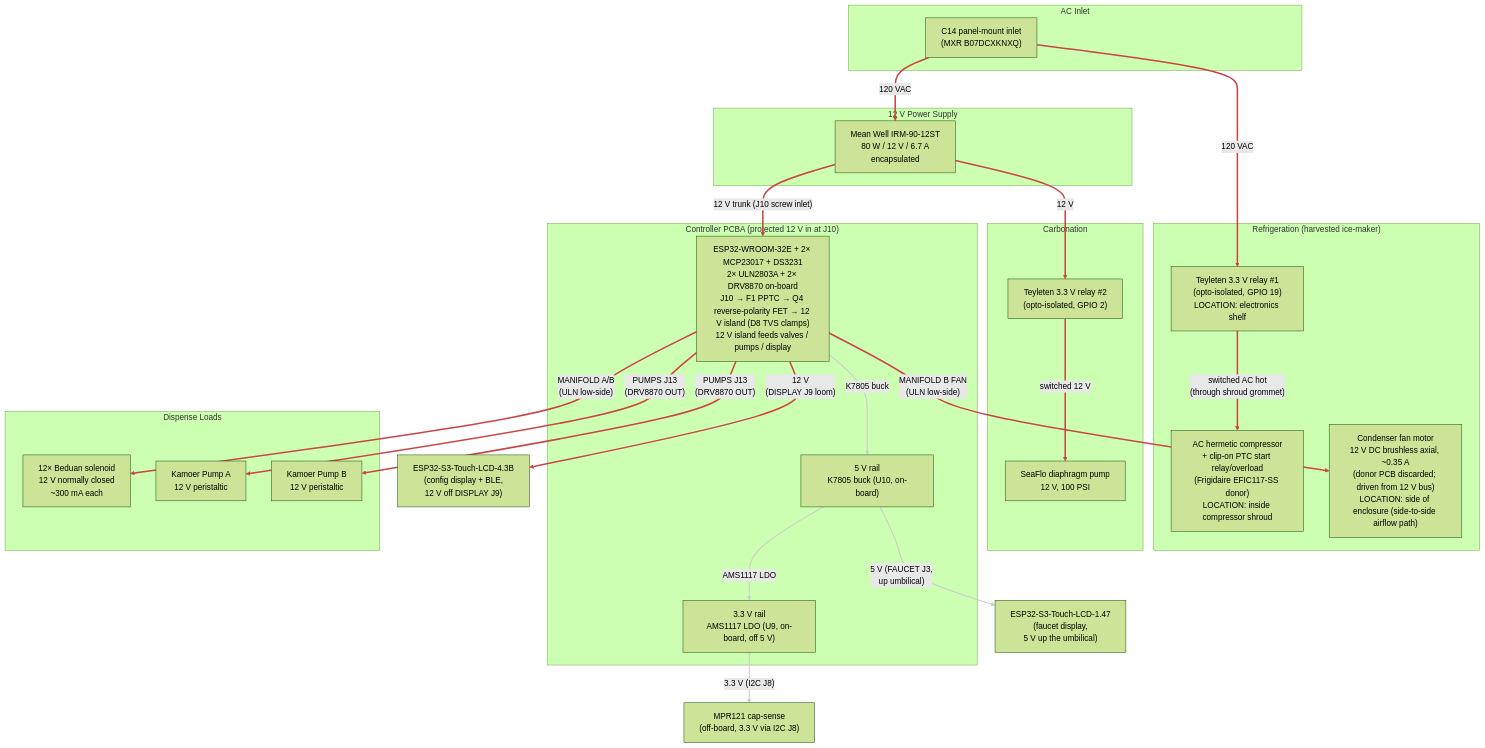
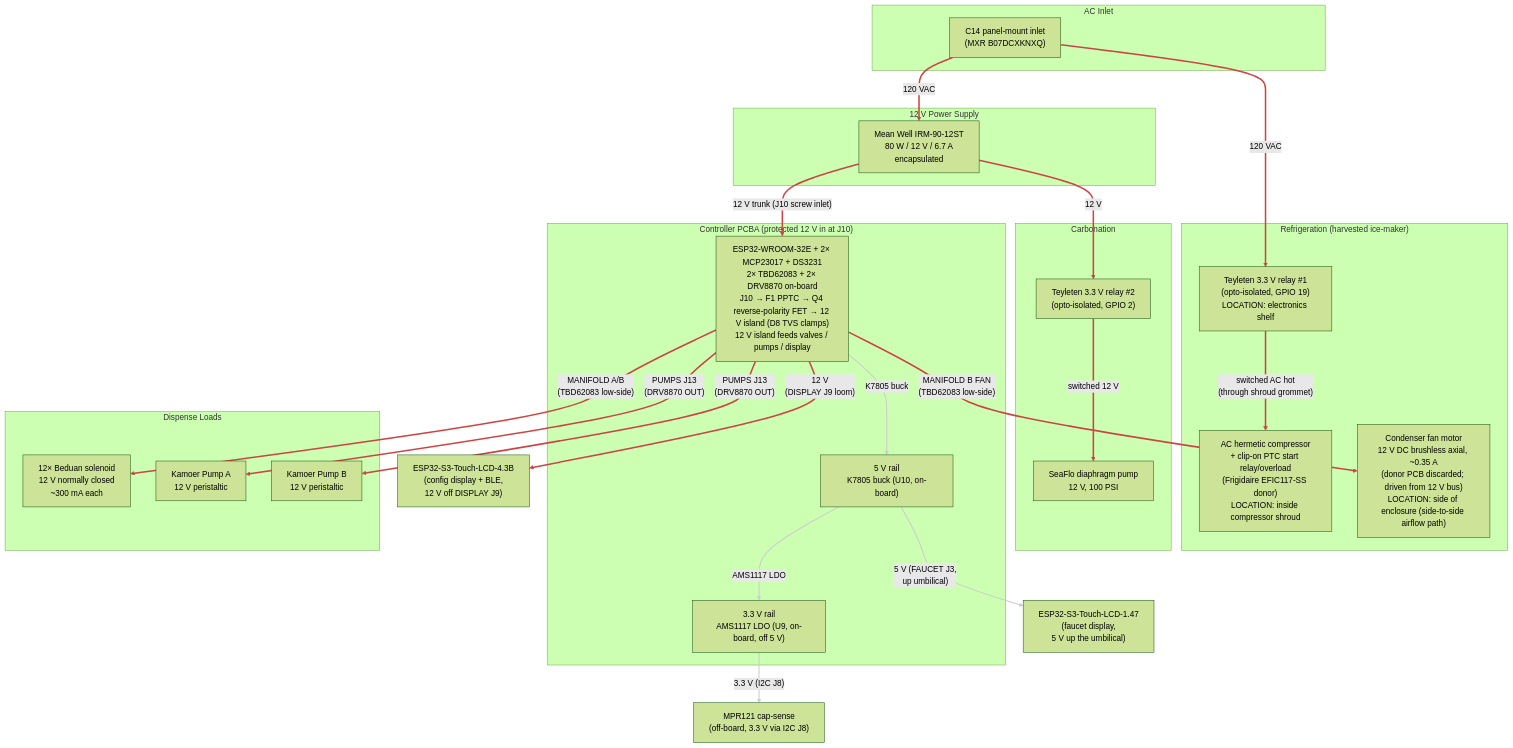
One commit to derekbreden/homesodamachine changed the diagram in hardware/wiring/power.mmd. Above: the diagram before and after it, drawn with Mermaid (forest theme). The commit also changed 7 other files, not shown here.

```diff
--- a/hardware/wiring/power.mmd
+++ b/hardware/wiring/power.mmd
@@ -1,135 +1,135 @@
 flowchart TD
 
   %% Power Distribution (current plan).
   %% 120 VAC mains in via C14 inlet; Mean Well 12 V PSU supplies the
   %% 12 V bus for everything except the compressor itself, which runs
   %% on switched mains via Teyleten relay #1 (PCBA RELAYS J5, ESP32
   %% GPIO 19). The 12 V diaphragm pump is gated by Teyleten relay #2
   %% (PCBA RELAYS J5, ESP32 GPIO 2) so firmware can keep refill off
   %% during an active dispense. Both relay modules take their coil/opto
   %% 5 V from RELAYS J5.
   %% The 12 V bus feeds the controller PCBA at its screw inlet (J10).
   %% The inlet is protected in series: a resettable PPTC fuse (F1,
   %% SMD1812P200TF16, 2 A hold / 4 A trip / 16 V) provides overcurrent
   %% protection — it trips on a sustained ~4 A board-side fault the 6.7 A
   %% supply ignores and auto-recovers; then a P-channel MOSFET (Q4, AO3407)
   %% in the high side blocks reverse polarity before the 12 V reaches the
   %% island; and a 15 V TVS (D8, SMAJ15A) clamps input surges the board
   %% sees to under C3's 25 V rating — so an overcurrent fault, a mis-wired
   %% loom, or a transient-laden supply can no longer cook the bulk cap,
   %% the K7805, or the drivers.
   %% The board makes its own logic rails — 5 V from the on-board K7805
   %% buck (U10), 3.3 V from the on-board AMS1117 LDO (U9, off the 5 V
   %% rail) — and carries the WROOM, both MCP23017s, the RTC, both
-  %% ULN2803As, and the two DRV8870 pump H-bridges. Off-board 12 V
+  %% TBD62083s, and the two DRV8870 pump H-bridges. Off-board 12 V
   %% loads draw through the board: solenoid valves + condenser fan
-  %% through the ULN channels (MANIFOLD A/B), peristaltic pumps through
+  %% through the TBD62083 channels (MANIFOLD A/B), peristaltic pumps through
   %% the DRV8870s (PUMPS J13), and the 4.3B config display through its
   %% loom connector (DISPLAY J9 carries RS485 + 12 V). The faucet
   %% display takes 5 V up the umbilical (FAUCET J3); the sensor loom
   %% (SENSORS J4) and the MQ-6 heater (GAS J11) draw 5 V / 3.3 V off
   %% the same on-board rails.
   %% Physical placement:
   %% - The C14 inlet, AC distribution, PSU, both Teyleten relays, and
   %%   the controller PCBA sit on a single electronics shelf at the
   %%   top-back of the enclosure, behind the rear-panel C14 inlet.
   %% - The compressor sits middle-bottom inside a fire-rated metal
   %%   shroud (because the appliance is going into kitchens used by
   %%   friends, family, and customers the founder knows by name, and
   %%   safe handling of the R-600a charge is what UL 60335-2-89
   %%   actually requires); its clip-on PTC start relay + overload
   %%   module is co-located with the compressor body inside the shroud.
   %% - Teyleten relay #1 stays on the SHELF, OUTSIDE the shroud.
   %%   Only switched AC enters the shroud (one wire bundle through one
   %%   grommet: switched H + N + chassis G). This avoids placing an
   %%   arcing contact inside the protected hydrocarbon-refrigerant
   %%   compartment.
   %% - The condenser fan motor is on the side of the enclosure
   %%   (the side-to-side intake → condenser → exhaust airflow path)
   %%   and is OUTSIDE the shroud. It is a 12 V DC brushless axial
   %%   fan: the donor ice maker's own PCB regulated mains to 12 V
   %%   to drive it (factory wiring was never AC on the fan itself),
   %%   so on harvest we discard the donor PCB and drive the fan
   %%   from our own 12 V bus. Low-side switched via one channel of
-  %%   ULN2803A #2 (MANIFOLD B FAN pin, driven from MCP23017 0x21
+  %%   TBD62083 #2 (MANIFOLD B FAN pin, driven from MCP23017 0x21
   %%   PA3) — same pattern as the solenoid valves. Firmware turns it
   %%   on/off in lockstep with the compressor.
   %% See `ac-wiring-schedule.md` for run-by-run gauges + lengths and
   %% `../cut-parts/compressor-shroud/` for the shroud part.
 
   subgraph AC_Inlet["AC Inlet"]
     C14["C14 panel-mount inlet\n(MXR B07DCXKNXQ)"]
   end
 
   subgraph Supply["12 V Power Supply"]
     PSU["Mean Well IRM-90-12ST\n80 W / 12 V / 6.7 A\nencapsulated"]
   end
 
   subgraph Refrigeration["Refrigeration  (harvested ice-maker)"]
     RELAY["Teyleten 3.3 V relay #1\n(opto-isolated, GPIO 19)\nLOCATION: electronics shelf"]
     COMP_AC["AC hermetic compressor\n+ clip-on PTC start relay/overload\n(Frigidaire EFIC117-SS donor)\nLOCATION: inside compressor shroud"]
     COND_FAN["Condenser fan motor\n12 V DC brushless axial, ~0.35 A\n(donor PCB discarded; driven from 12 V bus)\nLOCATION: side of enclosure (side-to-side airflow path)"]
   end
 
   subgraph Carbonation["Carbonation"]
     DIA_RELAY["Teyleten 3.3 V relay #2\n(opto-isolated, GPIO 2)"]
     DIA_PUMP["SeaFlo diaphragm pump\n12 V, 100 PSI"]
   end
 
   subgraph Board["Controller PCBA  (protected 12 V in at J10)"]
-    PCBA["ESP32-WROOM-32E + 2× MCP23017 + DS3231\n2× ULN2803A + 2× DRV8870 on-board\nJ10 → F1 PPTC → Q4 reverse-polarity FET → 12 V island (D8 TVS clamps)\n12 V island feeds valves / pumps / display"]
+    PCBA["ESP32-WROOM-32E + 2× MCP23017 + DS3231\n2× TBD62083 + 2× DRV8870 on-board\nJ10 → F1 PPTC → Q4 reverse-polarity FET → 12 V island (D8 TVS clamps)\n12 V island feeds valves / pumps / display"]
     REG_5V["5 V rail\nK7805 buck (U10, on-board)"]
     REG_3V3["3.3 V rail\nAMS1117 LDO (U9, on-board, off 5 V)"]
   end
 
   subgraph Dispense["Dispense Loads"]
     VALVES["12× Beduan solenoid\n12 V normally closed\n~300 mA each"]
     PUMP_A["Kamoer Pump A\n12 V peristaltic"]
     PUMP_B["Kamoer Pump B\n12 V peristaltic"]
   end
 
   CFG["ESP32-S3-Touch-LCD-4.3B\n(config display + BLE,\n 12 V off DISPLAY J9)"]
 
   FAUCET["ESP32-S3-Touch-LCD-1.47\n(faucet display,\n 5 V up the umbilical)"]
 
   MPR["MPR121 cap-sense\n(off-board, 3.3 V via I2C J8)"]
 
   %% AC distribution (hot leg)
   C14 ==>|"120 VAC"| RELAY
   C14 ==>|"120 VAC"| PSU
   RELAY ==>|"switched AC hot\n(through shroud grommet)"| COMP_AC
 
   %% 12 V distribution
   PSU ==>|"12 V trunk (J10 screw inlet)"| PCBA
   PSU ==>|"12 V"| DIA_RELAY
   DIA_RELAY ==>|"switched 12 V"| DIA_PUMP
-  PCBA ==>|"MANIFOLD A/B\n(ULN low-side)"| VALVES
-  PCBA ==>|"MANIFOLD B FAN\n(ULN low-side)"| COND_FAN
+  PCBA ==>|"MANIFOLD A/B\n(TBD62083 low-side)"| VALVES
+  PCBA ==>|"MANIFOLD B FAN\n(TBD62083 low-side)"| COND_FAN
   PCBA ==>|"PUMPS J13\n(DRV8870 OUT)"| PUMP_A
   PCBA ==>|"PUMPS J13\n(DRV8870 OUT)"| PUMP_B
   PCBA ==>|"12 V\n(DISPLAY J9 loom)"| CFG
 
   %% Logic rails (made on the PCBA)
   PCBA -->|"K7805 buck"| REG_5V
   REG_5V -->|"5 V (FAUCET J3,\n up umbilical)"| FAUCET
   REG_5V -->|"AMS1117 LDO"| REG_3V3
   REG_3V3 -->|"3.3 V (I2C J8)"| MPR
 
   %% Power paths (red, thick).
   %% 0    = C14 -> relay #1 (AC mains)
   %% 1    = C14 -> PSU (AC mains)
   %% 2    = relay #1 -> compressor (switched AC, through shroud)
   %% 3    = PSU 12 V trunk -> PCBA (J10)
   %% 4    = PSU 12 V -> diaphragm relay #2
   %% 5    = relay #2 -> diaphragm pump (switched 12 V)
-  %% 6    = PCBA -> solenoid valves (ULN low-side)
-  %% 7    = PCBA -> condenser fan (ULN low-side)
+  %% 6    = PCBA -> solenoid valves (TBD62083 low-side)
+  %% 7    = PCBA -> condenser fan (TBD62083 low-side)
   %% 8-9  = PCBA -> peristaltic pumps (DRV8870)
   %% 10   = PCBA -> 4.3B config display (12 V off J9)
   linkStyle 0,1,2,3,4,5,6,7,8,9,10 stroke:#c44,stroke-width:3px
   %% Logic rails (5 V, 3.3 V), made on the PCBA: white workhorse.
   %% 11 = K7805 buck -> 5 V rail
   %% 12 = 5 V rail -> faucet display (up umbilical)
   %% 13 = AMS1117 -> 3.3 V rail
   %% 14 = 3.3 V rail -> off-board MPR121 (I2C header)
   linkStyle 11,12,13,14 stroke:#ccc,stroke-width:2px
```
